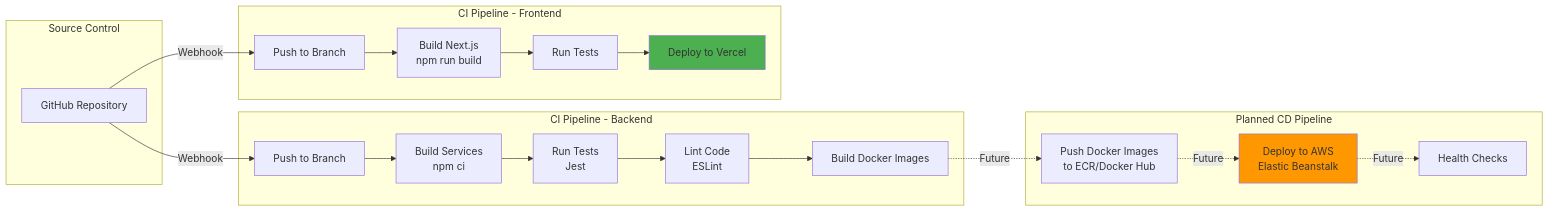
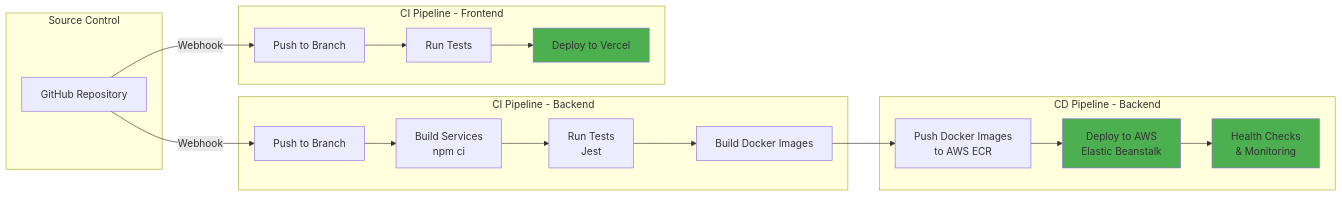
One commit to thony-ui/cs3219-ay2526s1-project-g22 changed the ninth of 13 diagrams in docs/architecture-diagrams.md. Above: the diagram before and after it, drawn with Mermaid. The commit also changed other lines of this file and 9 other files, not shown here.

````diff
--- a/docs/architecture-diagrams.md
+++ b/docs/architecture-diagrams.md
@@ -321,40 +321,39 @@
 ```mermaid
 graph LR
     subgraph "Source Control"
         GitHub[GitHub Repository]
     end
 
     subgraph "CI Pipeline - Backend"
         Trigger1[Push to Branch]
         Build1[Build Services<br/>npm ci]
         Test1[Run Tests<br/>Jest]
-        Lint1[Lint Code<br/>ESLint]
         Docker1[Build Docker Images]
     end
 
     subgraph "CI Pipeline - Frontend"
         Trigger2[Push to Branch]
-        Build2[Build Next.js<br/>npm run build]
         Test2[Run Tests]
         Deploy[Deploy to Vercel]
     end
 
-    subgraph "Planned CD Pipeline"
-        Push[Push Docker Images<br/>to ECR/Docker Hub]
+    subgraph "CD Pipeline - Backend"
+        Push[Push Docker Images<br/>to AWS ECR]
         Deploy2[Deploy to AWS<br/>Elastic Beanstalk]
-        Health[Health Checks]
+        Health[Health Checks<br/>& Monitoring]
     end
 
     GitHub -->|Webhook| Trigger1
     GitHub -->|Webhook| Trigger2
 
-    Trigger1 --> Build1 --> Test1 --> Lint1 --> Docker1
-    Trigger2 --> Build2 --> Test2 --> Deploy
+    Trigger1 --> Build1 --> Test1 --> Docker1
+    Trigger2 --> Test2 --> Deploy
 
-    Docker1 -.->|Future| Push
-    Push -.->|Future| Deploy2
-    Deploy2 -.->|Future| Health
+    Docker1 --> Push
+    Push --> Deploy2
+    Deploy2 --> Health
 
     style Deploy fill:#4CAF50
-    style Deploy2 fill:#FF9800
+    style Deploy2 fill:#4CAF50
+    style Health fill:#4CAF50
 ```
````
